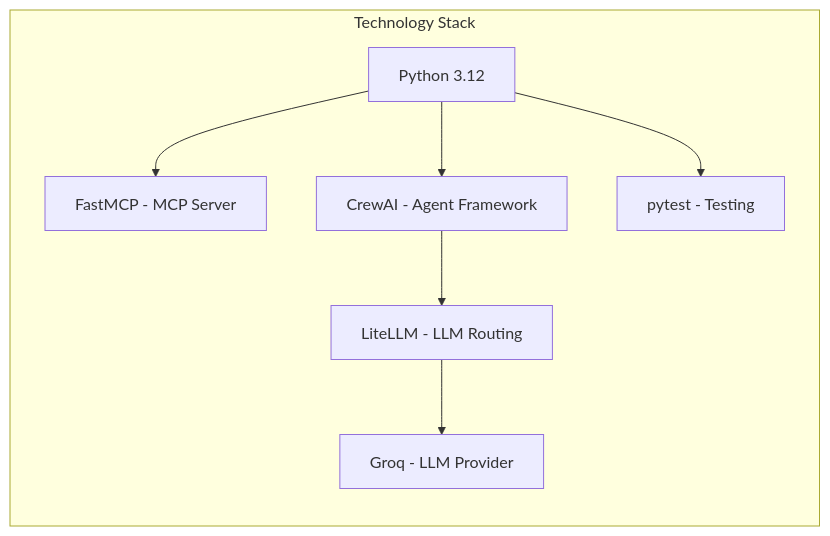
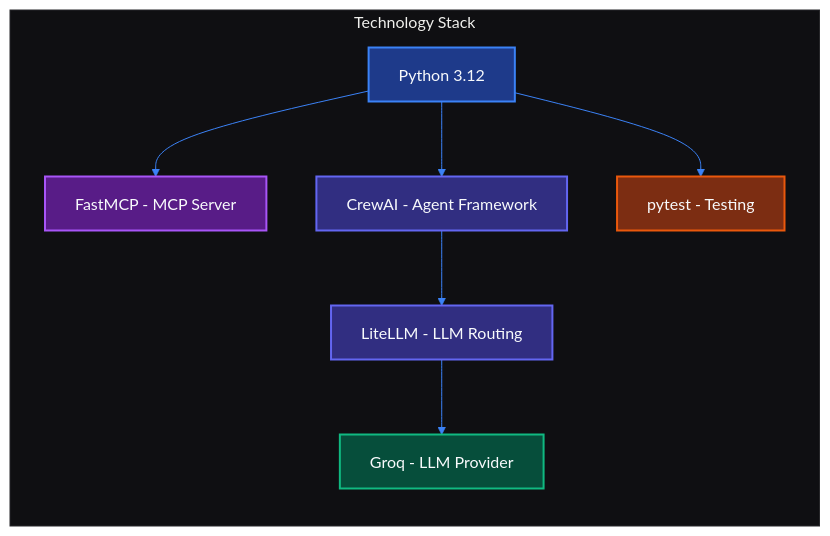
One commit to ayush300302/crew-ops-intelligence changed the fourth of 4 diagrams in README.md. Above: the diagram before and after it, drawn with Mermaid. The commit also changed other lines of this file and 1 other file, not shown here.

Commit message:
docs: improve mermaid diagram styling with dark mode and custom colors

````diff
--- a/README.md
+++ b/README.md
@@ -135,17 +214,49 @@
 ```mermaid
+---
+config:
+  theme: base
+  themeVariables:
+    darkMode: true
+    background: "#0a0a0c"
+    primaryColor: "#17171a"
+    primaryTextColor: "#f4f4f5"
+    primaryBorderColor: "#27272a"
+    lineColor: "#3b82f6"
+    textColor: "#f4f4f5"
+    mainBkg: "#17171a"
+    nodeBorder: "#27272a"
+    clusterBkg: "#0f0f12"
+    clusterBorder: "#27272a"
+    tertiaryColor: "#0f0f12"
+    tertiaryBorderColor: "#27272a"
+    fontFamily: "system-ui, -apple-system, BlinkMacSystemFont, 'Segoe UI', Roboto, 'Helvetica Neue', Arial, sans-serif"
+---
 graph BT
     subgraph Stack["Technology Stack"]
         L1["Python 3.12"]
         L2["FastMCP - MCP Server"]
         L3["CrewAI - Agent Framework"]
         L4["LiteLLM - LLM Routing"]
         L5["Groq - LLM Provider"]
         L6["pytest - Testing"]
     end
 
     L1 --> L2
     L1 --> L3
     L3 --> L4
     L4 --> L5
     L1 --> L6
+
+    classDef python fill:#1e3a8a,stroke:#3b82f6,stroke-width:2px,color:#f8fafc;
+    classDef framework fill:#312e81,stroke:#6366f1,stroke-width:2px,color:#f8fafc;
+    classDef mcp fill:#581c87,stroke:#a855f7,stroke-width:2px,color:#f8fafc;
+    classDef llm fill:#064e3b,stroke:#10b981,stroke-width:2px,color:#f8fafc;
+    classDef test fill:#7c2d12,stroke:#ea580c,stroke-width:2px,color:#f8fafc;
+
+    class L1 python;
+    class L2 mcp;
+    class L3 framework;
+    class L4 framework;
+    class L5 llm;
+    class L6 test;
 ```
````
